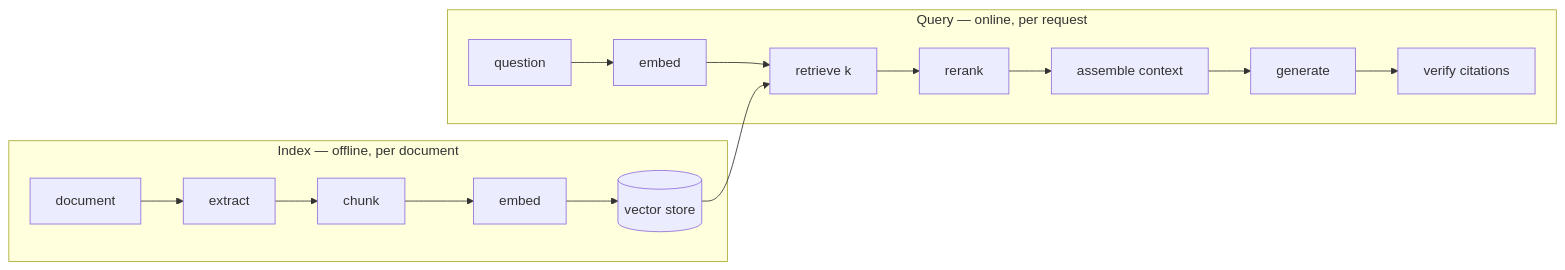
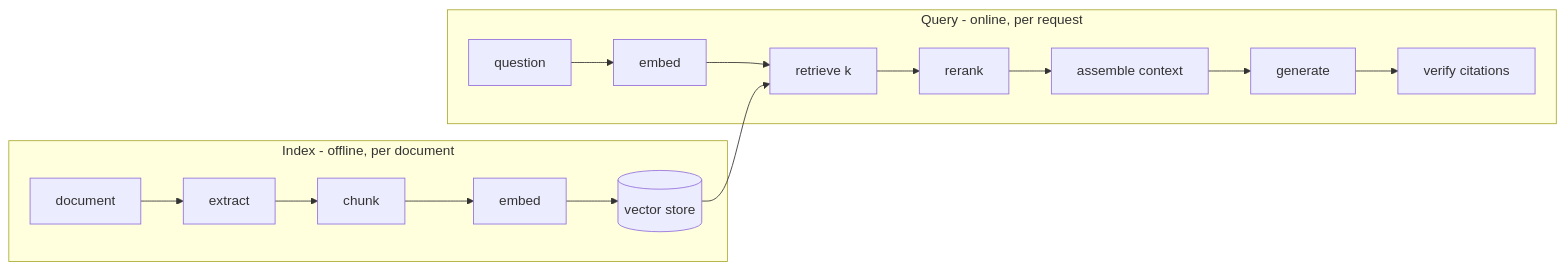
The diagram in src/content/docs/10-ai-engineering/rag.mdx (danielsousaoliveira/cs-fundamentals), drawn with Mermaid before and after one commit. The commit also changed other lines of this file and 139 other files, not shown here.

````diff
--- a/src/content/docs/10-ai-engineering/rag.mdx
+++ b/src/content/docs/10-ai-engineering/rag.mdx
@@ -46,11 +46,11 @@
 ```mermaid
 flowchart LR
-  subgraph Index["Index — offline, per document"]
+  subgraph Index["Index - offline, per document"]
     D[document] --> X[extract] --> C[chunk] --> E1[embed] --> S[(vector store)]
   end
-  subgraph Query["Query — online, per request"]
+  subgraph Query["Query - online, per request"]
     Q[question] --> E2[embed] --> R[retrieve k]
     S --> R
     R --> RR[rerank] --> A[assemble context] --> G[generate] --> V[verify citations]
   end
 ```
````
